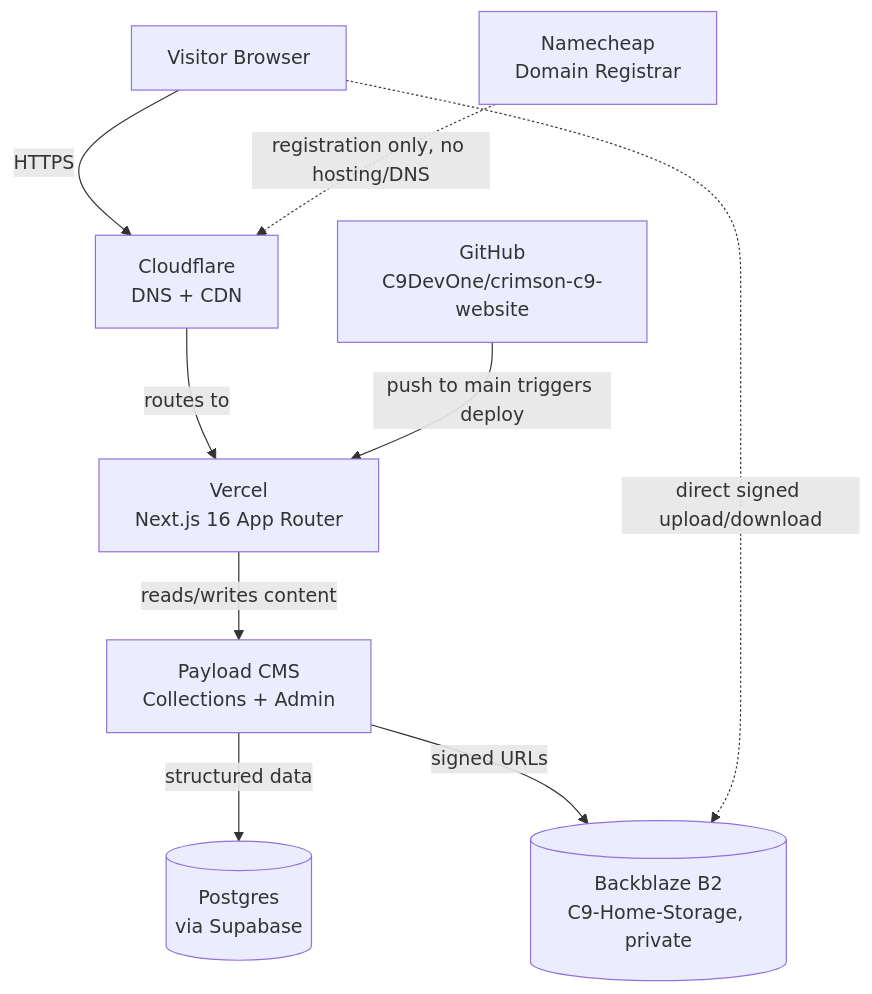
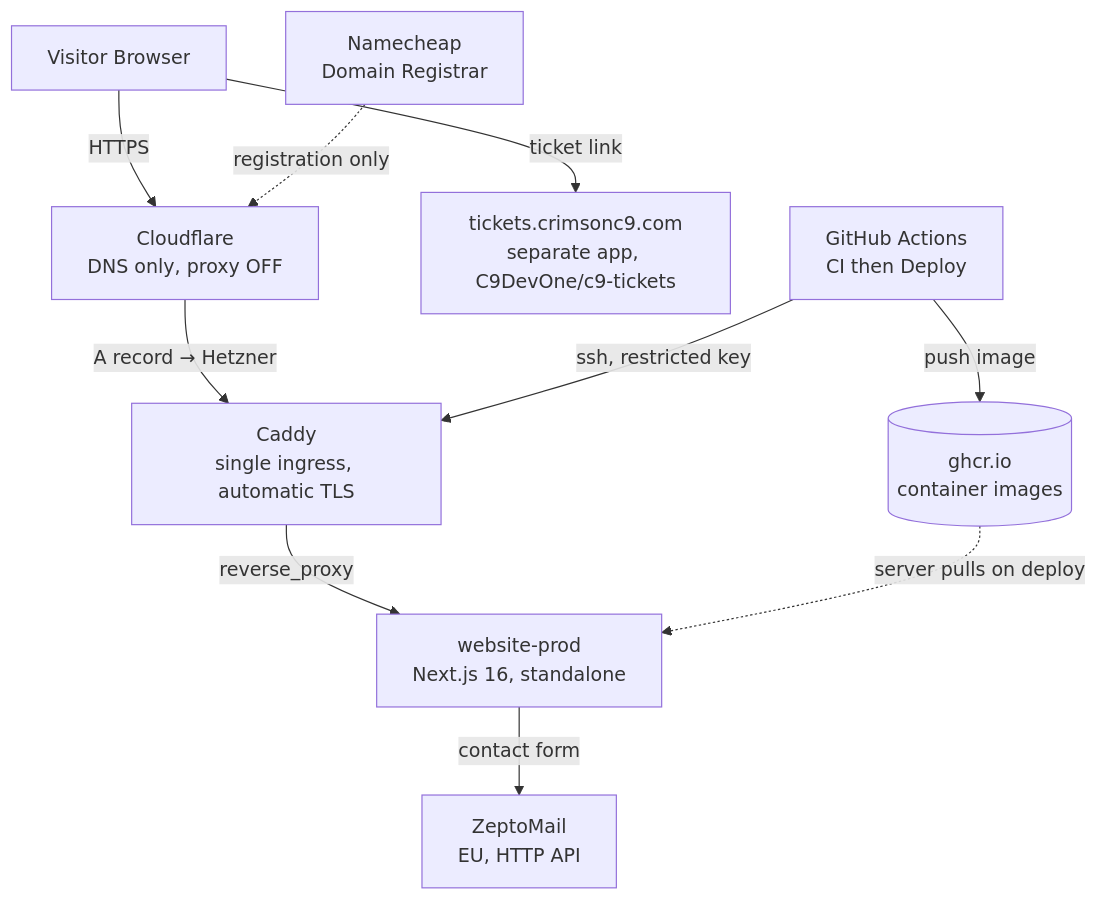
Before and after one commit to C9DevOne/crimson-c9-website: the diagram in docs/TECH_STACK.md, drawn with Mermaid. The commit also changed other lines of this file and 23 other files, not shown here.

````diff
--- a/docs/TECH_STACK.md
+++ b/docs/TECH_STACK.md
@@ -9,20 +9,22 @@
 ```mermaid
 flowchart TD
     User[Visitor Browser]
-    CF[Cloudflare<br/>DNS + CDN]
-    Vercel[Vercel<br/>Next.js 16 App Router]
-    Payload[Payload CMS<br/>Collections + Admin]
-    PG[(Postgres<br/>via Supabase)]
-    B2[(Backblaze B2<br/>C9-Home-Storage, private)]
-    GH[GitHub<br/>C9DevOne/crimson-c9-website]
+    CF[Cloudflare<br/>DNS only, proxy OFF]
+    Caddy[Caddy<br/>single ingress, automatic TLS]
+    App[website-prod<br/>Next.js 16, standalone]
+    Zepto[ZeptoMail<br/>EU, HTTP API]
+    Shop[tickets.crimsonc9.com<br/>separate app, C9DevOne/c9-tickets]
+    GH[GitHub Actions<br/>CI then Deploy]
+    GHCR[(ghcr.io<br/>container images)]
     NC[Namecheap<br/>Domain Registrar]
 
     User -->|HTTPS| CF
-    CF -->|routes to| Vercel
-    Vercel -->|reads/writes content| Payload
-    Payload -->|structured data| PG
-    Payload -->|signed URLs| B2
-    User -.->|direct signed upload/download| B2
-    GH -->|push to main triggers deploy| Vercel
-    NC -.->|registration only, no hosting/DNS| CF
+    CF -->|A record → Hetzner| Caddy
+    Caddy -->|reverse_proxy| App
+    App -->|contact form| Zepto
+    User -->|ticket link| Shop
+    GH -->|push image| GHCR
+    GH -->|ssh, restricted key| Caddy
+    GHCR -.->|server pulls on deploy| App
+    NC -.->|registration only| CF
 ```
````
